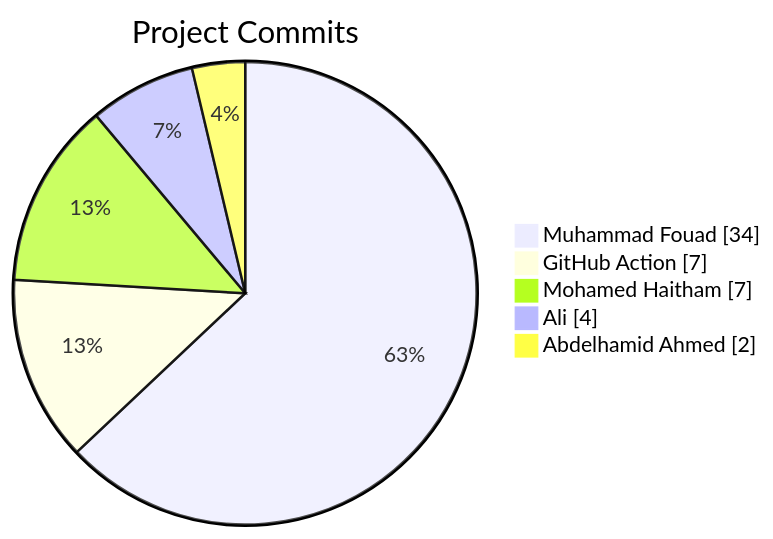
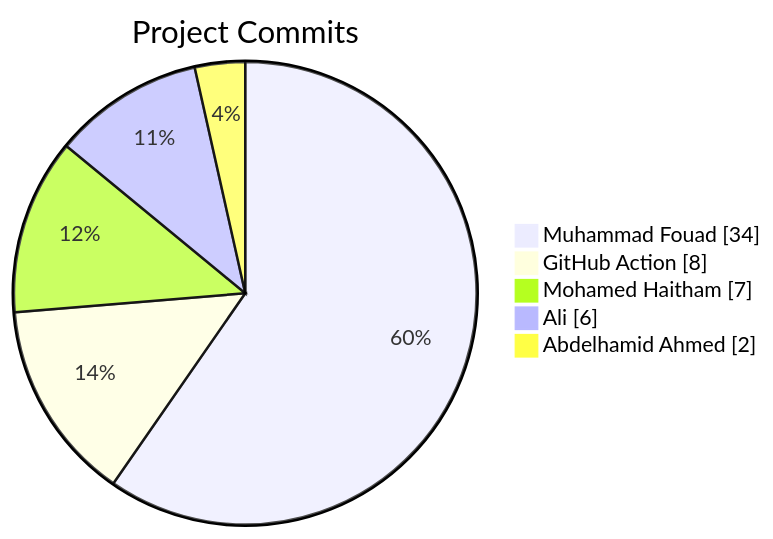
Before and after one commit to Abdelhamid-El-rashidy/Library_System: the diagram in README.md, drawn with Mermaid.

Commit message:
docs: update contributor stats [skip ci]

````diff
--- a/README.md
+++ b/README.md
@@ -11,9 +11,9 @@
 ```mermaid
 pie showData
     title Project Commits
     "Muhammad Fouad" : 34
-    "GitHub Action" : 7
+    "GitHub Action" : 8
     "Mohamed Haitham" : 7
-    "Ali" : 4
+    "Ali" : 6
     "Abdelhamid Ahmed" : 2
 ```
````
